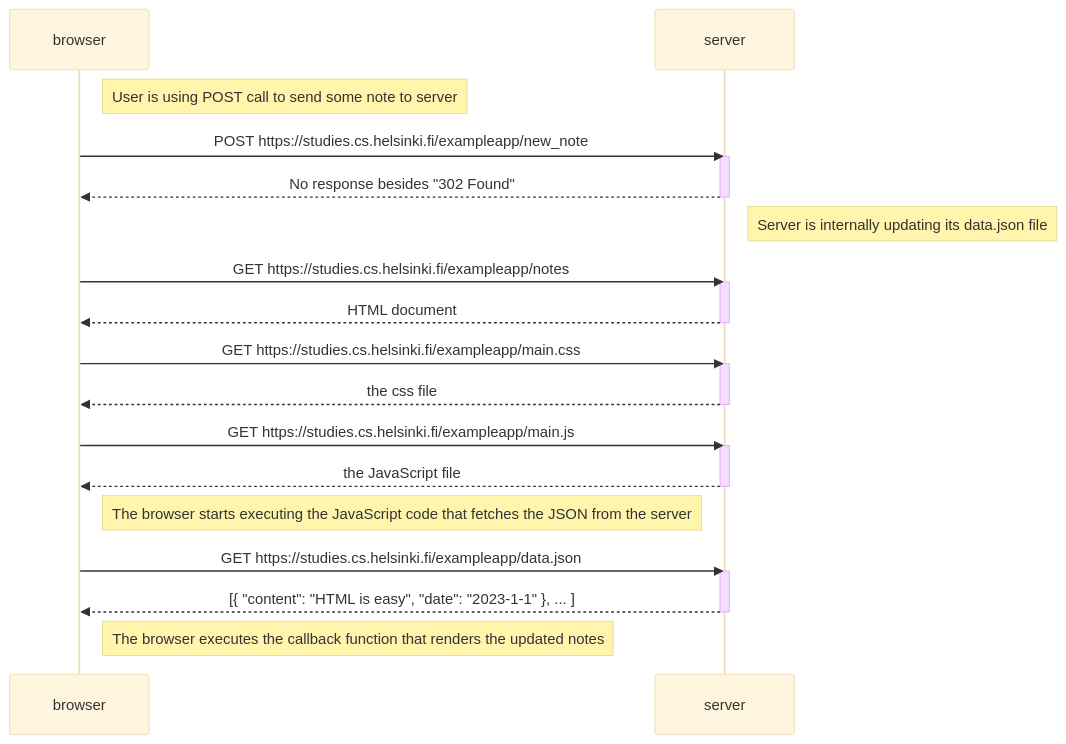
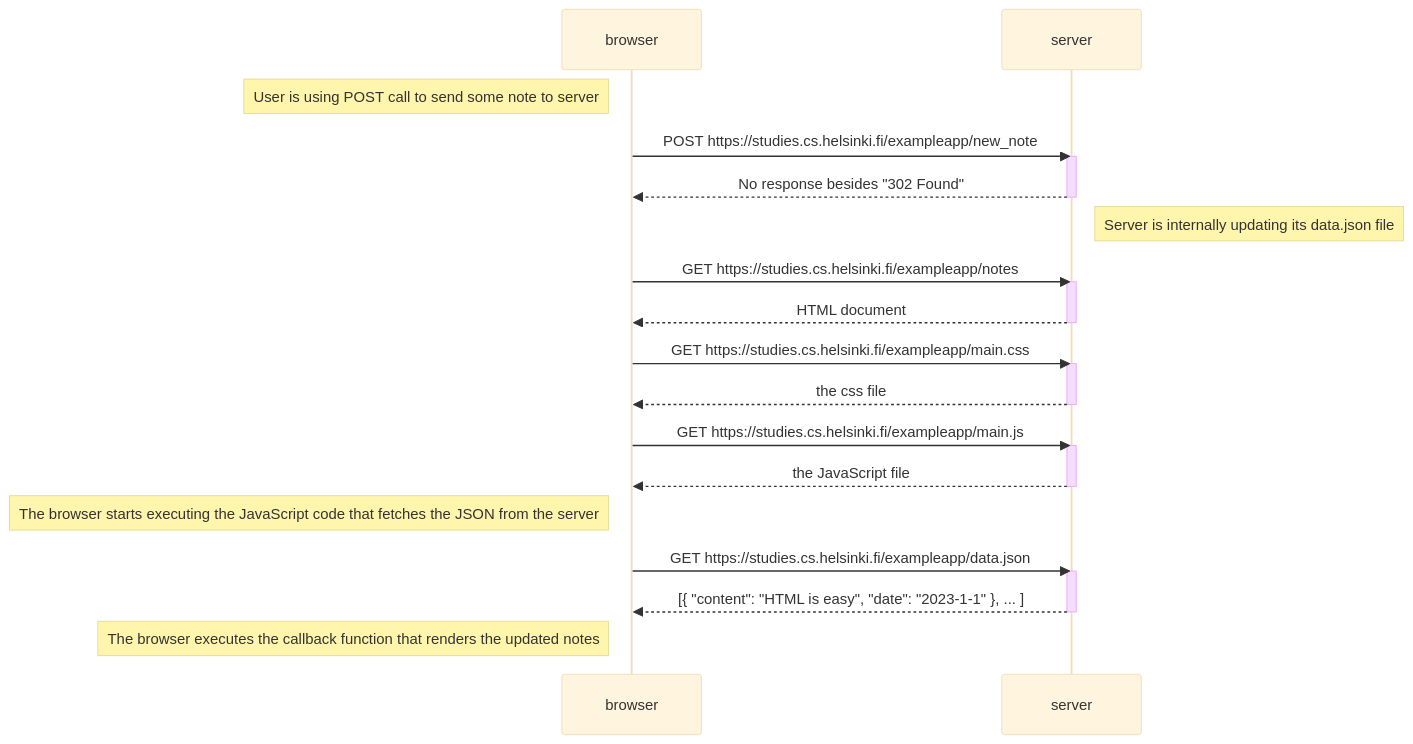
The diagram in part0/note_diagram.md (sk-go/fullstackopen), drawn with Mermaid (base theme) before and after one commit.

````diff
--- a/part0/note_diagram.md
+++ b/part0/note_diagram.md
@@ -1,39 +1,39 @@
 ```mermaid
 sequenceDiagram
     participant browser
     participant server
 
-    Note right of browser: User is using POST call to send some note to server
+    Note left of browser: User is using POST call to send some note to server
 
     browser->>server: POST https://studies.cs.helsinki.fi/exampleapp/new_note
     activate server
     server-->>browser: No response besides "302 Found"
     deactivate server
 
     Note right of server: Server is internally updating its data.json file
 
     browser->>server: GET https://studies.cs.helsinki.fi/exampleapp/notes
     activate server
     server-->>browser: HTML document
     deactivate server
 
     browser->>server: GET https://studies.cs.helsinki.fi/exampleapp/main.css
     activate server
     server-->>browser: the css file
     deactivate server
 
     browser->>server: GET https://studies.cs.helsinki.fi/exampleapp/main.js
     activate server
     server-->>browser: the JavaScript file
     deactivate server
 
-    Note right of browser: The browser starts executing the JavaScript code that fetches the JSON from the server
+    Note left of browser: The browser starts executing the JavaScript code that fetches the JSON from the server
 
     browser->>server: GET https://studies.cs.helsinki.fi/exampleapp/data.json
     activate server
     server-->>browser: [{ "content": "HTML is easy", "date": "2023-1-1" }, ... ]
     deactivate server
 
-    Note right of browser: The browser executes the callback function that renders the updated notes
+    Note left of browser: The browser executes the callback function that renders the updated notes
 
 ```
````
